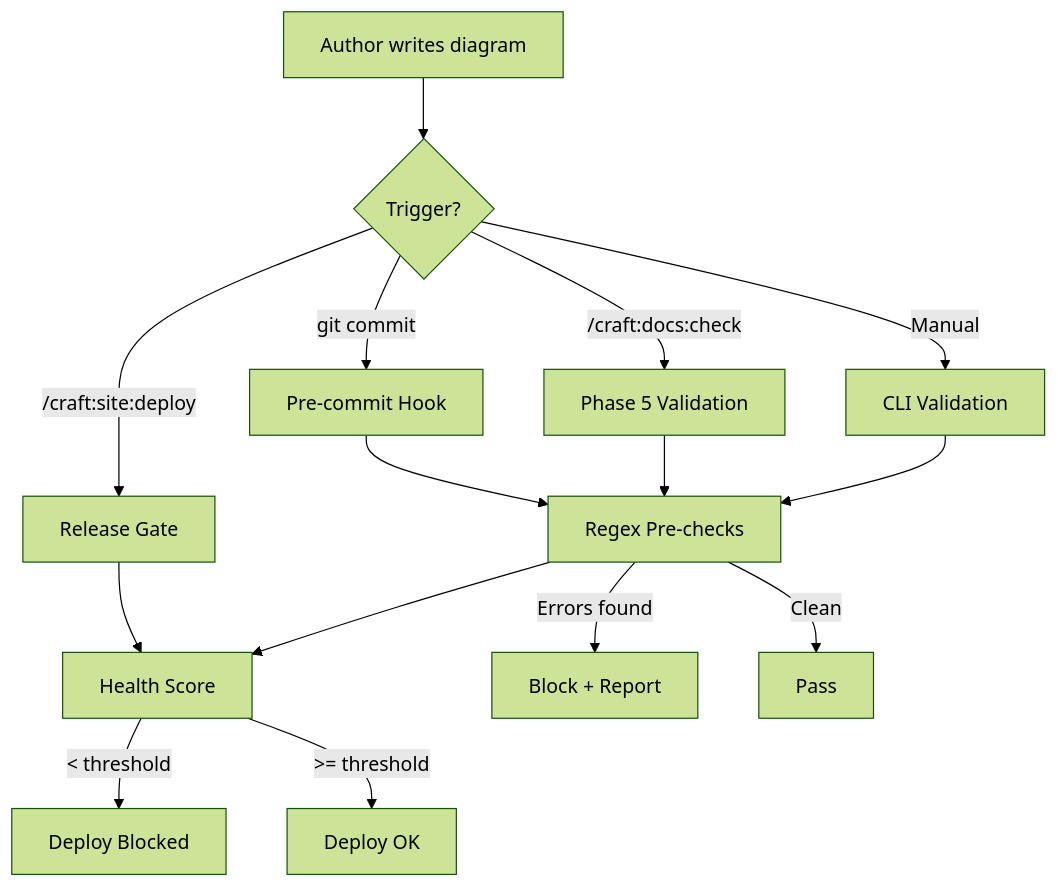
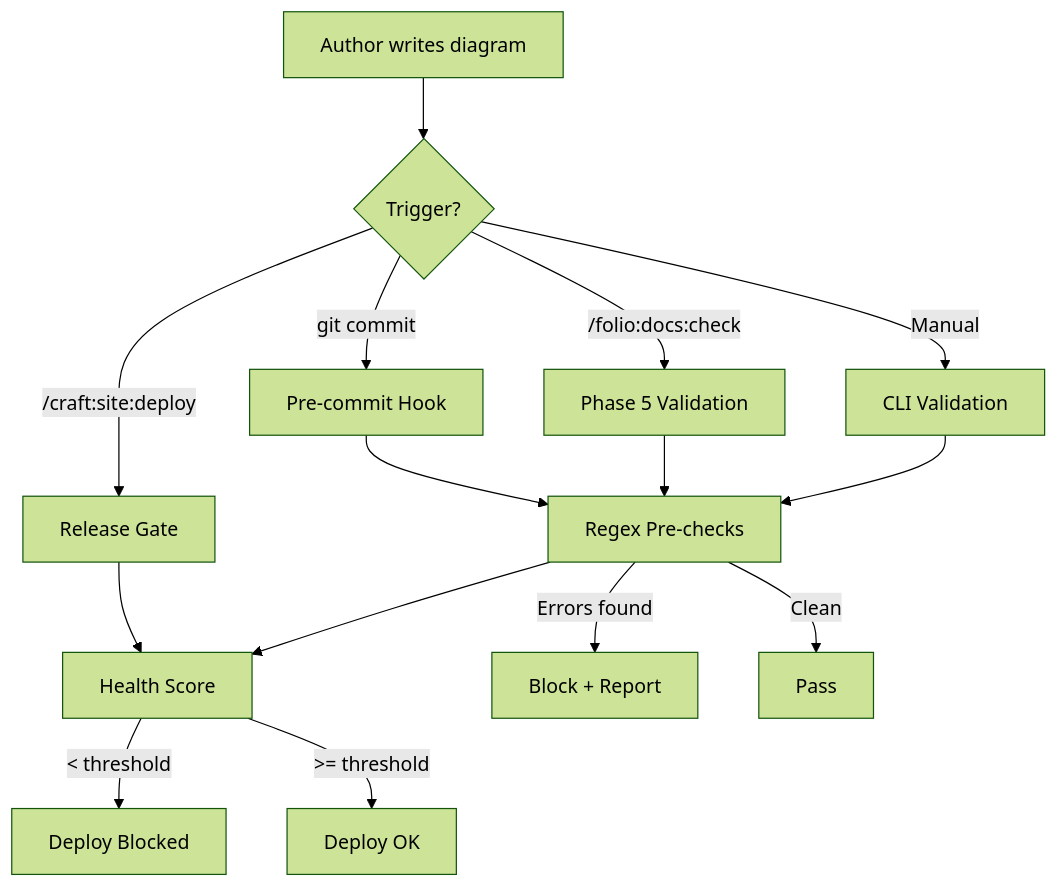
Before and after one commit to Data-Wise/craft: the first of 3 diagrams in docs/architecture/mermaid-validation-pipeline.md, drawn with Mermaid (forest theme). The commit also changed other lines of this file and 64 other files, not shown here.

````diff
--- a/docs/architecture/mermaid-validation-pipeline.md
+++ b/docs/architecture/mermaid-validation-pipeline.md
@@ -7,20 +7,20 @@
 ```mermaid
 flowchart TD
     A["Author writes diagram"] --> B{"Trigger?"}
     B -->|"git commit"| C["Pre-commit Hook"]
-    B -->|"/craft:docs:check"| D["Phase 5 Validation"]
+    B -->|"/folio:docs:check"| D["Phase 5 Validation"]
     B -->|"/craft:site:deploy"| E["Release Gate"]
     B -->|"Manual"| F["CLI Validation"]
 
     C --> G["Regex Pre-checks"]
     D --> G
     E --> H["Health Score"]
     F --> G
 
     G -->|"Errors found"| I["Block + Report"]
     G -->|"Clean"| J["Pass"]
     H -->|"< threshold"| K["Deploy Blocked"]
     H -->|">= threshold"| L["Deploy OK"]
 
     G --> H
 ```
````
